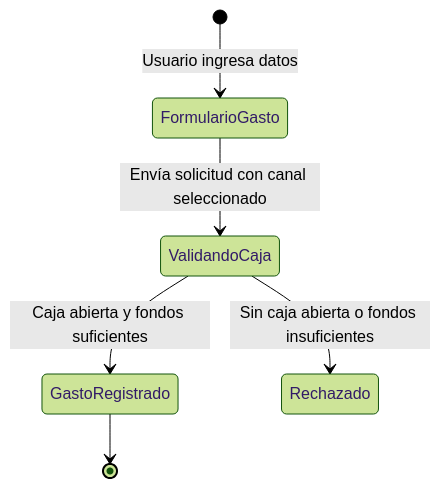
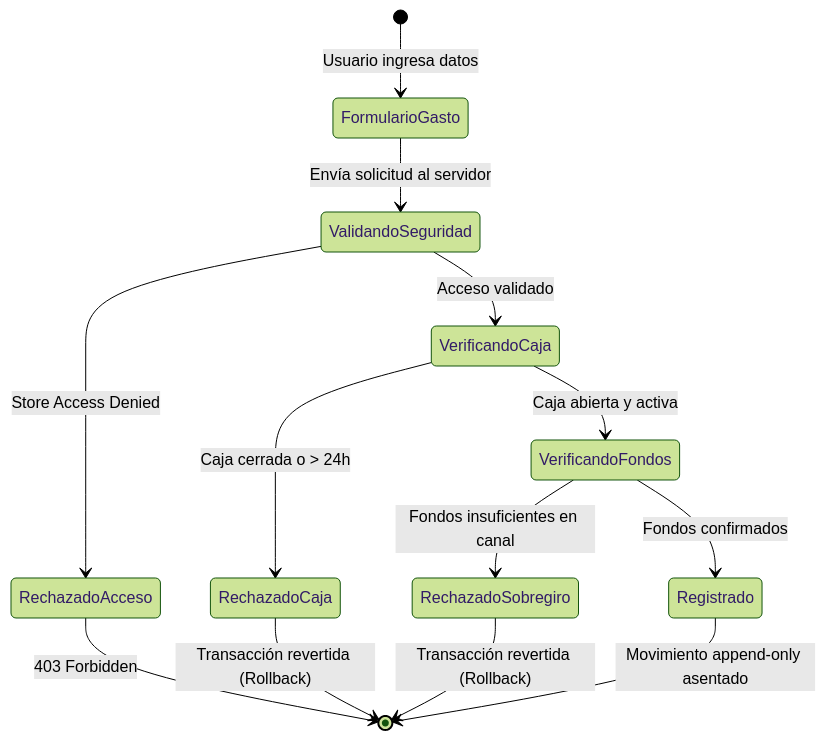
The third of 5 diagrams in documentation/01_requirements/SDD/SDD_022_GASTOS_MULTICANAL.md (YamirJCF/tienda-barrio-pro), drawn with Mermaid (forest theme) before and after one commit. The commit also changed other lines of this file, not shown here.

Commit message:
docs(sdd): rectificar SDD-022 bajo protocolo PAC-SDD estricto con auditoria QA

````diff
--- a/documentation/01_requirements/SDD/SDD_022_GASTOS_MULTICANAL.md
+++ b/documentation/01_requirements/SDD/SDD_022_GASTOS_MULTICANAL.md
@@ -69,8 +171,20 @@
 ```mermaid
 stateDiagram-v2
     [*] --> FormularioGasto : Usuario ingresa datos
-    FormularioGasto --> ValidandoCaja : Envía solicitud con canal seleccionado
-    ValidandoCaja --> GastoRegistrado : Caja abierta y fondos suficientes
-    ValidandoCaja --> Rechazado : Sin caja abierta o fondos insuficientes
-    GastoRegistrado --> [*]
+    FormularioGasto --> ValidandoSeguridad : Envía solicitud al servidor
+    
+    ValidandoSeguridad --> RechazadoAcceso : Store Access Denied
+    ValidandoSeguridad --> VerificandoCaja : Acceso validado
+    
+    VerificandoCaja --> RechazadoCaja : Caja cerrada o > 24h
+    VerificandoCaja --> VerificandoFondos : Caja abierta y activa
+    
+    VerificandoFondos --> RechazadoSobregiro : Fondos insuficientes en canal
+    VerificandoFondos --> Registrado : Fondos confirmados
+    
+    Registrado --> [*] : Movimiento append-only asentado
+
+    RechazadoAcceso --> [*] : 403 Forbidden
+    RechazadoCaja --> [*] : Transacción revertida (Rollback)
+    RechazadoSobregiro --> [*] : Transacción revertida (Rollback)
 ```
````
